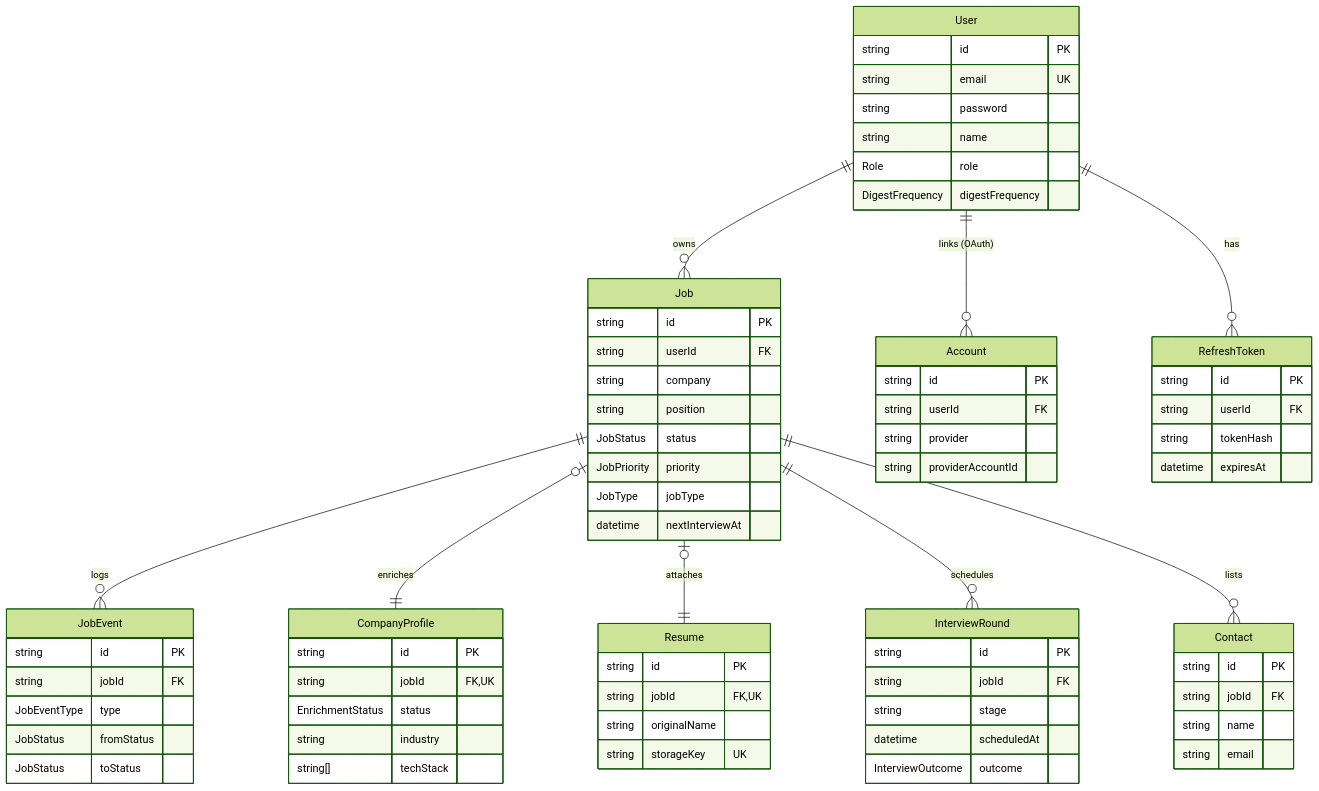
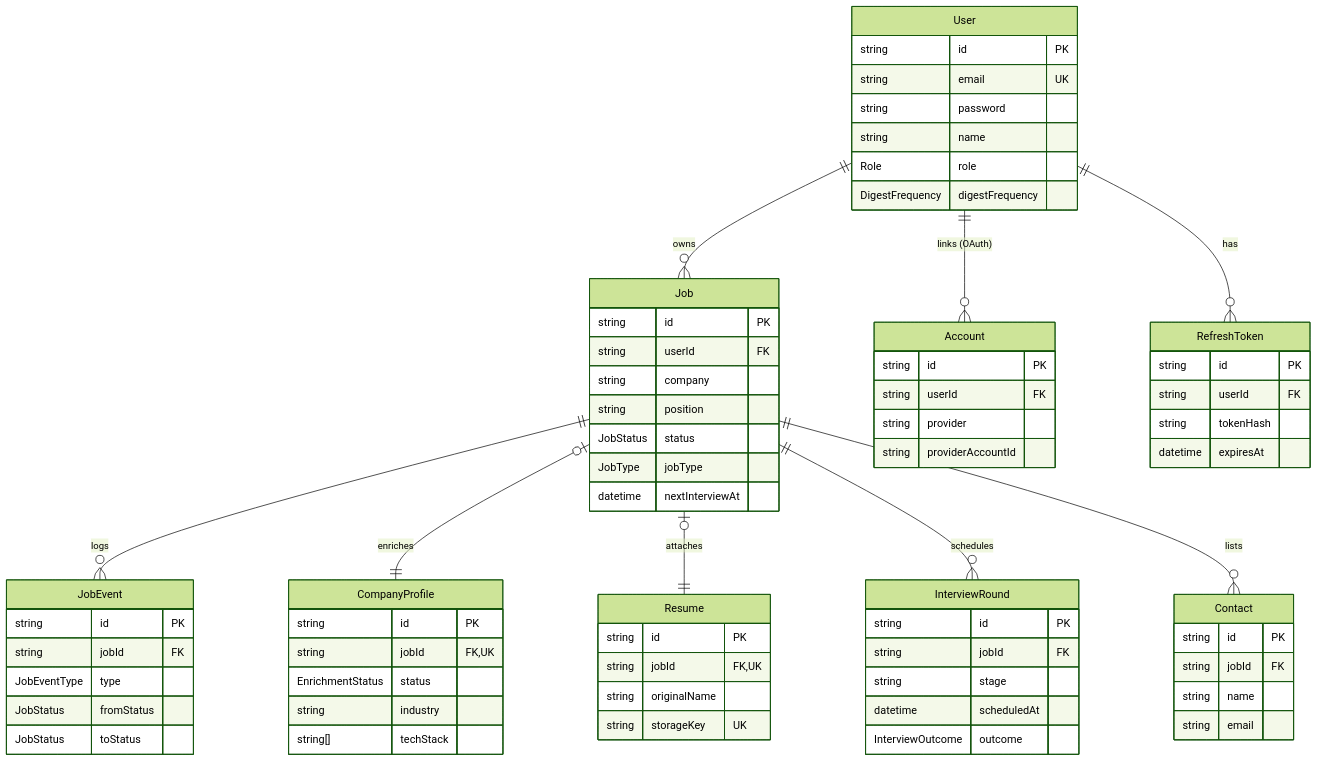
The diagram in docs/database-schema.md (muhammadasif2017/job-tracker), drawn with Mermaid (forest theme) before and after one commit. The commit also changed 21 other files, not shown here.

Commit message:
Remove job priority from the backend (#376)

````diff
--- a/docs/database-schema.md
+++ b/docs/database-schema.md
@@ -3,76 +3,75 @@
 ```mermaid
 erDiagram
     User ||--o{ Job : owns
     User ||--o{ Account : "links (OAuth)"
     User ||--o{ RefreshToken : has
 
     Job ||--o{ JobEvent : logs
     Job |o--|| CompanyProfile : enriches
     Job |o--|| Resume : attaches
     Job ||--o{ InterviewRound : schedules
     Job ||--o{ Contact : lists
 
     User {
         string id PK
         string email UK
         string password
         string name
         Role role
         DigestFrequency digestFrequency
     }
     Job {
         string id PK
         string userId FK
         string company
         string position
         JobStatus status
-        JobPriority priority
         JobType jobType
         datetime nextInterviewAt
     }
     JobEvent {
         string id PK
         string jobId FK
         JobEventType type
         JobStatus fromStatus
         JobStatus toStatus
     }
     CompanyProfile {
         string id PK
         string jobId FK,UK
         EnrichmentStatus status
         string industry
         string[] techStack
     }
     Resume {
         string id PK
         string jobId FK,UK
         string originalName
         string storageKey UK
     }
     InterviewRound {
         string id PK
         string jobId FK
         string stage
         datetime scheduledAt
         InterviewOutcome outcome
     }
     Contact {
         string id PK
         string jobId FK
         string name
         string email
     }
     Account {
         string id PK
         string userId FK
         string provider
         string providerAccountId
     }
     RefreshToken {
         string id PK
         string userId FK
         string tokenHash
         datetime expiresAt
     }
 ```
````
